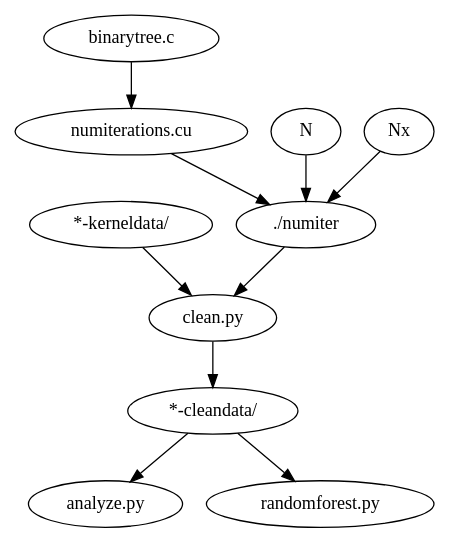
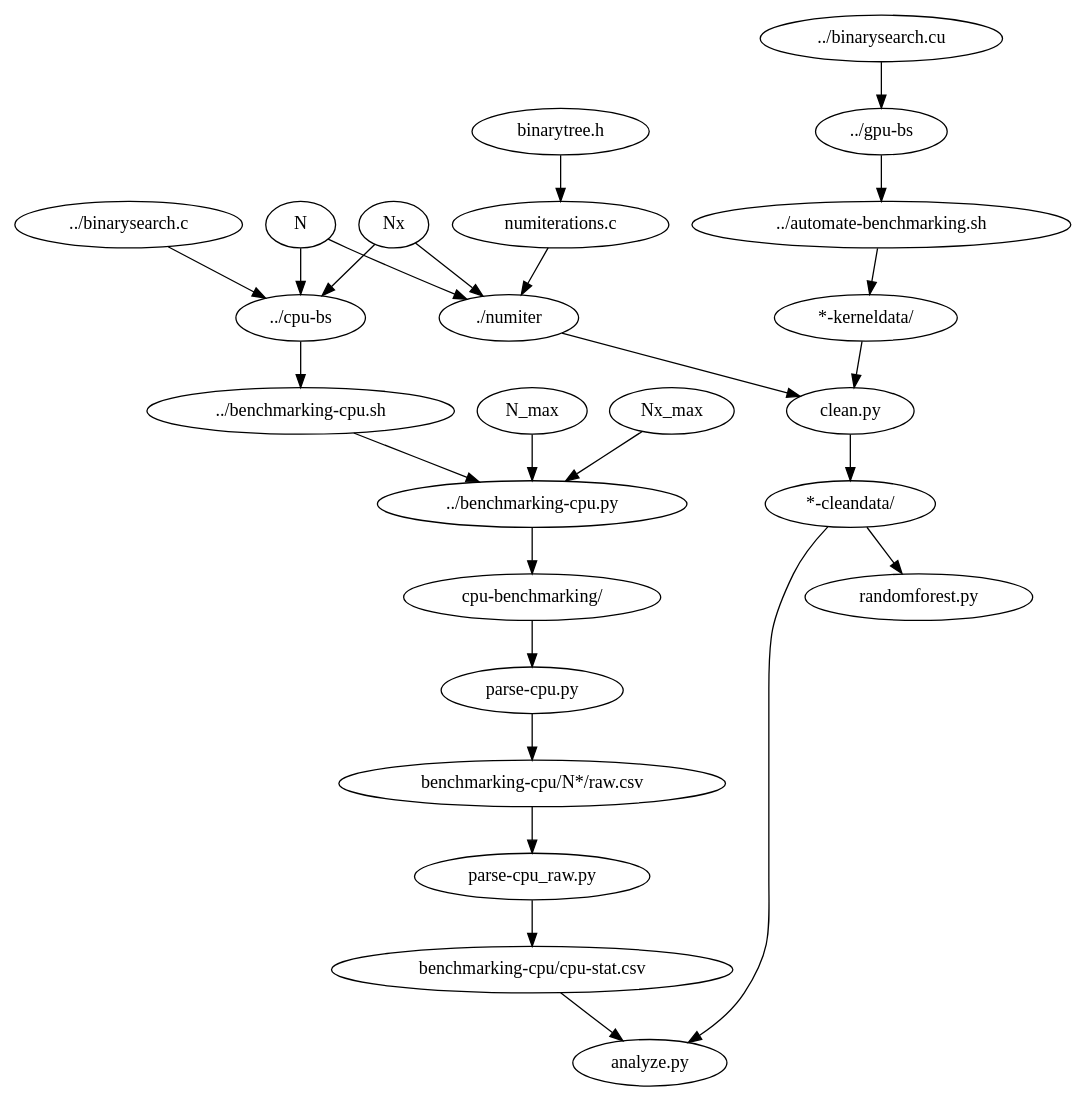
Before and after one commit to russellmatt66/GPU-samples: the diagram in BinarySearch/machine-learning/project.gv, drawn with Graphviz. The commit also changed 5 other files, not shown here.

```diff
--- a/BinarySearch/machine-learning/project.gv
+++ b/BinarySearch/machine-learning/project.gv
@@ -1,11 +1,27 @@
 digraph RandomForest {
     "*-kerneldata/" -> "clean.py";
-    "binarytree.c" -> "numiterations.cu";
-    "numiterations.cu" -> "./numiter";
+    "../binarysearch.cu" -> "../gpu-bs";
+    "../gpu-bs" -> "../automate-benchmarking.sh";
+    "../automate-benchmarking.sh" -> "*-kerneldata/";
+    "../binarysearch.c" -> "../cpu-bs";
+    "../cpu-bs" -> "../benchmarking-cpu.sh";
+    "../benchmarking-cpu.sh" -> "../benchmarking-cpu.py";
+    "../benchmarking-cpu.py" -> "cpu-benchmarking/";
+    "cpu-benchmarking/" -> "parse-cpu.py";
+    "parse-cpu.py" -> "benchmarking-cpu/N*/raw.csv";
+    "benchmarking-cpu/N*/raw.csv" -> "parse-cpu_raw.py";
+    "parse-cpu_raw.py" -> "benchmarking-cpu/cpu-stat.csv";
+    "benchmarking-cpu/cpu-stat.csv" -> "analyze.py";
+    "binarytree.h" -> "numiterations.c";
+    "numiterations.c" -> "./numiter";
     "N" -> "./numiter";
     "Nx" -> "./numiter";
+    "N" -> "../cpu-bs";
+    "Nx" -> "../cpu-bs";
+    "N_max" -> "../benchmarking-cpu.py";
+    "Nx_max" -> "../benchmarking-cpu.py";
     "./numiter" -> "clean.py";
     "clean.py" -> "*-cleandata/";
     "*-cleandata/" -> "analyze.py";
     "*-cleandata/" -> "randomforest.py"
 }
```
